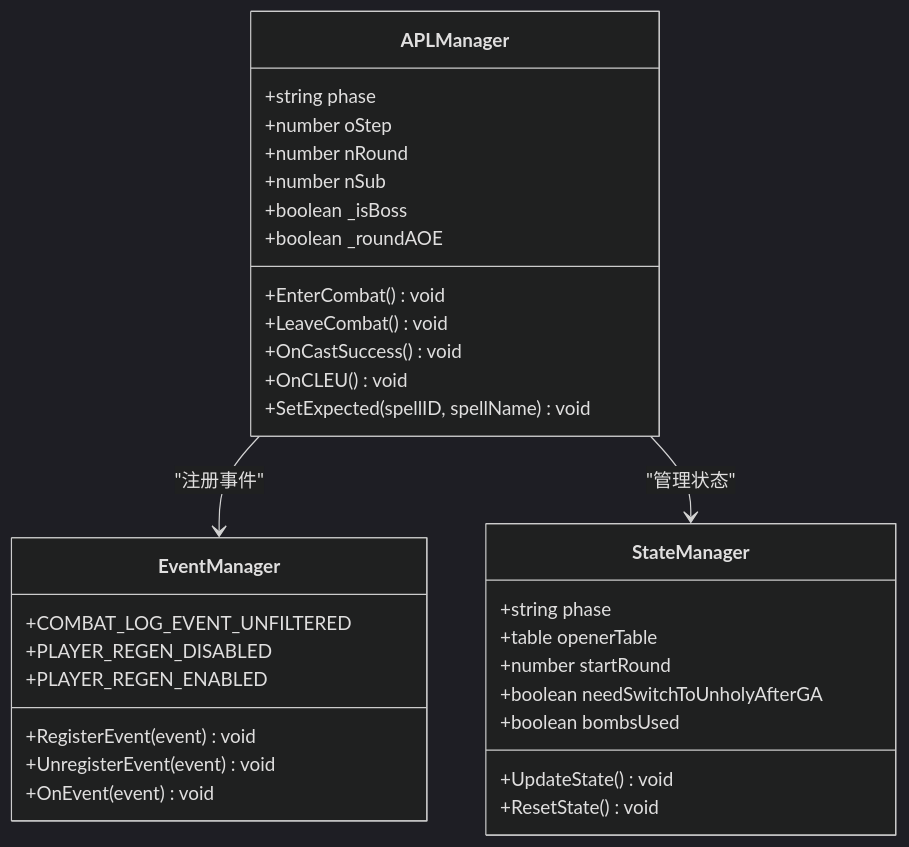
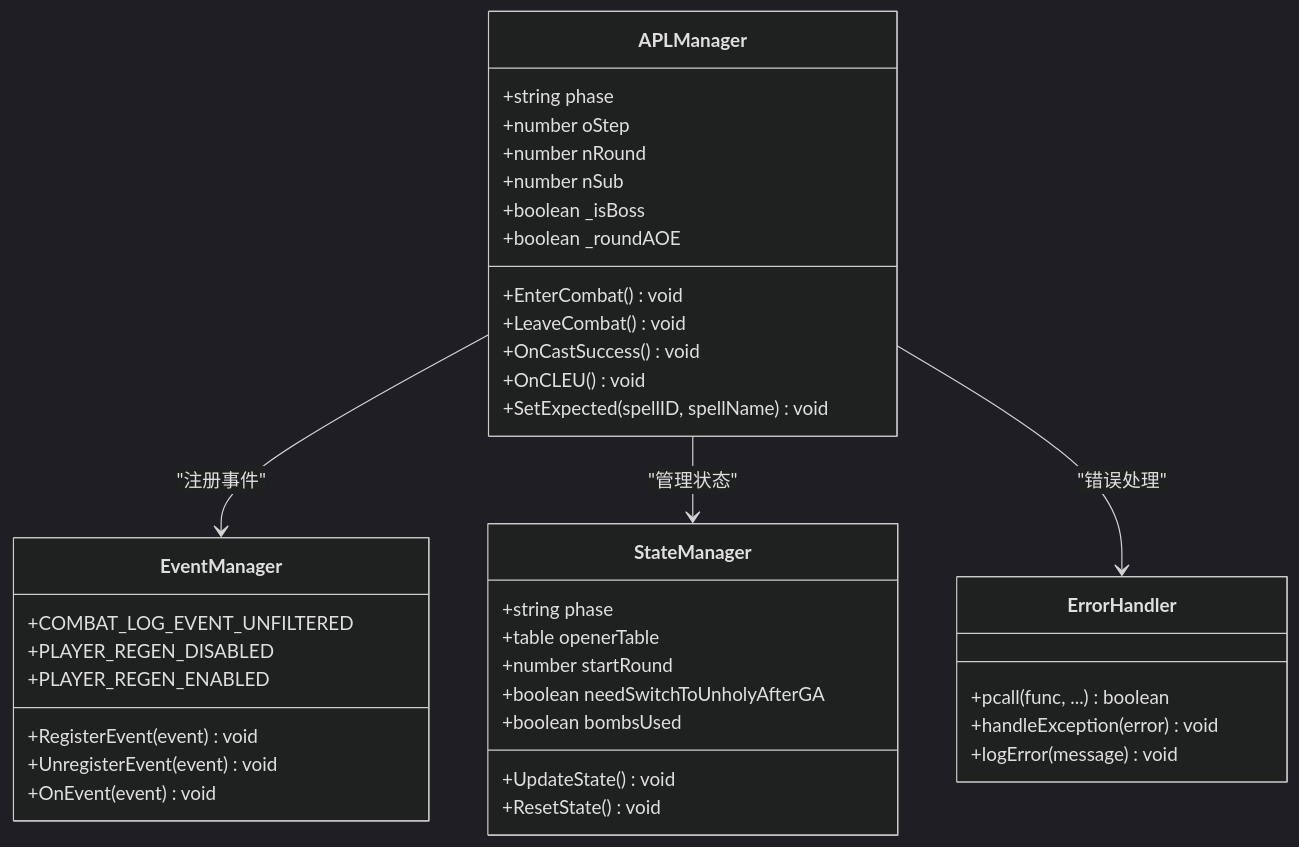
The third of 8 diagrams in .qoder/repowiki/zh/content/技术架构/技术架构.md (q89277718/WOW-For-MRF), drawn with Mermaid (dark theme) before and after one commit. The commit also changed other lines of this file and 61 other files, not shown here.

````diff
--- a/.qoder/repowiki/zh/content/技术架构/技术架构.md
+++ b/.qoder/repowiki/zh/content/技术架构/技术架构.md
@@ -133,35 +174,41 @@
 ```mermaid
 classDiagram
 class APLManager {
 +string phase
 +number oStep
 +number nRound
 +number nSub
 +boolean _isBoss
 +boolean _roundAOE
 +EnterCombat() void
 +LeaveCombat() void
 +OnCastSuccess() void
 +OnCLEU() void
 +SetExpected(spellID, spellName) void
 }
 class EventManager {
 +RegisterEvent(event) void
 +UnregisterEvent(event) void
 +OnEvent(event) void
 +COMBAT_LOG_EVENT_UNFILTERED
 +PLAYER_REGEN_DISABLED
 +PLAYER_REGEN_ENABLED
 }
 class StateManager {
 +string phase
 +table openerTable
 +number startRound
 +boolean needSwitchToUnholyAfterGA
 +boolean bombsUsed
 +UpdateState() void
 +ResetState() void
 }
+class ErrorHandler {
++pcall(func, ...) boolean
++handleException(error) void
++logError(message) void
+}
 APLManager --> EventManager : "注册事件"
 APLManager --> StateManager : "管理状态"
+APLManager --> ErrorHandler : "错误处理"
 ```
````
